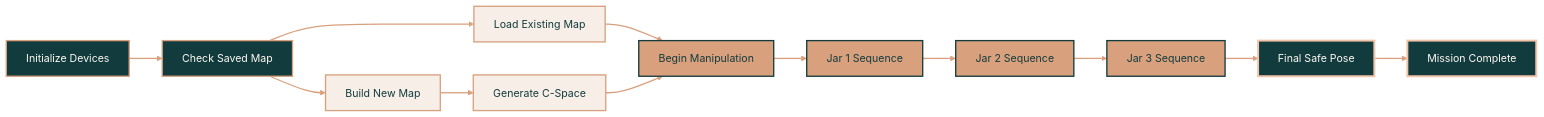
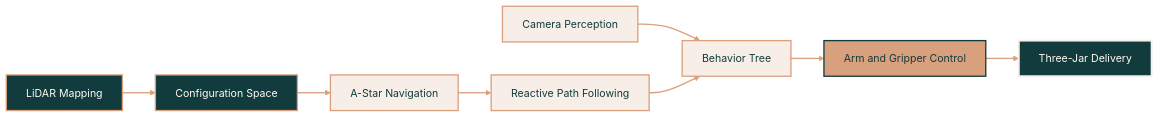
The diagram in README.md (soph-k/tiago-mapping-planning), drawn with Mermaid before and after one commit. The commit also changed other lines of this file, not shown here.

````diff
--- a/README.md
+++ b/README.md
@@ -358,30 +284,24 @@
 ```mermaid
 flowchart LR
-    A["Initialize Devices"] --> B["Check Saved Map"]
+    A["LiDAR Mapping"] --> B["Configuration Space"]
+    B --> C["A-Star Navigation"]
+    C --> D["Reactive Path Following"]
 
-    B --> C["Load Existing Map"]
-    B --> D["Build New Map"]
+    E["Camera Perception"] --> F["Behavior Tree"]
+    D --> F
 
-    D --> E["Generate C-Space"]
-    C --> F["Begin Manipulation"]
-    E --> F
-
-    F --> G["Jar 1 Sequence"]
-    G --> H["Jar 2 Sequence"]
-    H --> I["Jar 3 Sequence"]
-
-    I --> J["Final Safe Pose"]
-    J --> K["Mission Complete"]
+    F --> G["Arm and Gripper Control"]
+    G --> H["Three-Jar Delivery"]
 
     classDef teal fill:#123b3d,stroke:#d9a07e,color:#fffaf4,stroke-width:2px;
     classDef cream fill:#f7efe7,stroke:#d9a07e,color:#123b3d,stroke-width:2px;
     classDef rose fill:#d9a07e,stroke:#123b3d,color:#123b3d,stroke-width:2px;
-    classDef final fill:#123b3d,stroke:#f2c5aa,color:#fffaf4,stroke-width:3px;
+    classDef final fill:#123b3d,stroke:#f7efe7,color:#fffaf4,stroke-width:3px;
 
     class A,B teal;
-    class C,D,E cream;
-    class F,G,H,I rose;
-    class J,K final;
+    class C,D,E,F cream;
+    class G rose;
+    class H final;
 
     linkStyle default stroke:#d9a07e,stroke-width:2px;
 ```
````
